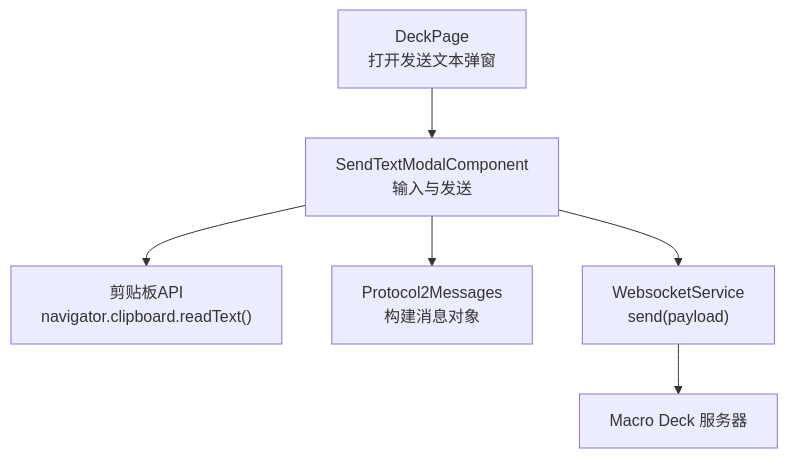
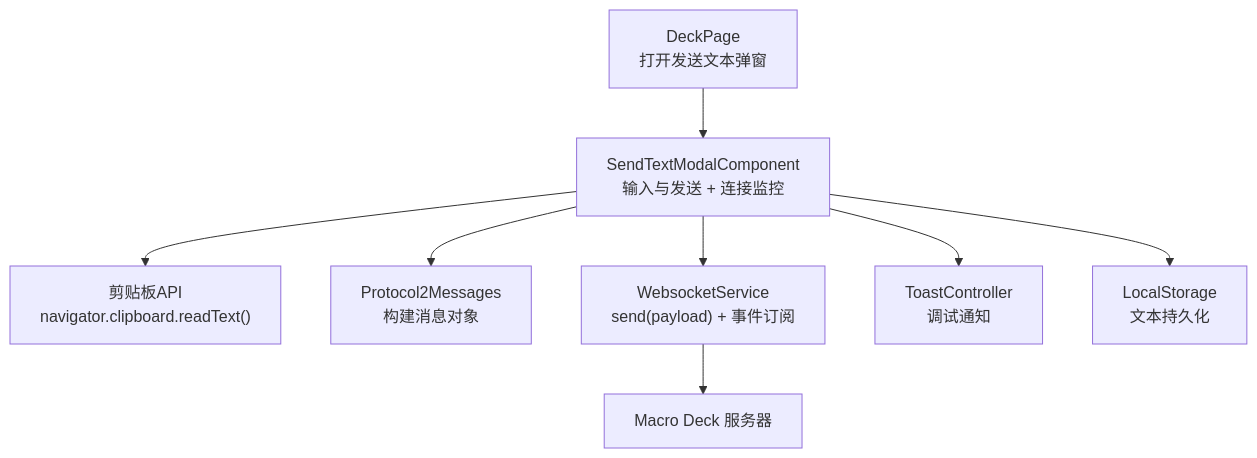
Before and after one commit to tea4go/Macro-Deck-Client-App: the first of 4 diagrams in .qoder/repowiki/zh/content/核心功能模块/文本发送功能.md, drawn with Mermaid. The commit also changed other lines of this file and 45 other files, not shown here.

````diff
--- a/.qoder/repowiki/zh/content/核心功能模块/文本发送功能.md
+++ b/.qoder/repowiki/zh/content/核心功能模块/文本发送功能.md
@@ -45,8 +45,10 @@
 ```mermaid
 graph TB
-DeckPage["DeckPage<br/>打开发送文本弹窗"] --> Modal["SendTextModalComponent<br/>输入与发送"]
+DeckPage["DeckPage<br/>打开发送文本弹窗"] --> Modal["SendTextModalComponent<br/>输入与发送 + 连接监控"]
 Modal --> Clipboard["剪贴板API<br/>navigator.clipboard.readText()"]
 Modal --> ProtocolMsg["Protocol2Messages<br/>构建消息对象"]
-Modal --> WS["WebsocketService<br/>send(payload)"]
+Modal --> WS["WebsocketService<br/>send(payload) + 事件订阅"]
 WS --> Server["Macro Deck 服务器"]
+Modal --> Toast["ToastController<br/>调试通知"]
+Modal --> Storage["LocalStorage<br/>文本持久化"]
 ```
````
